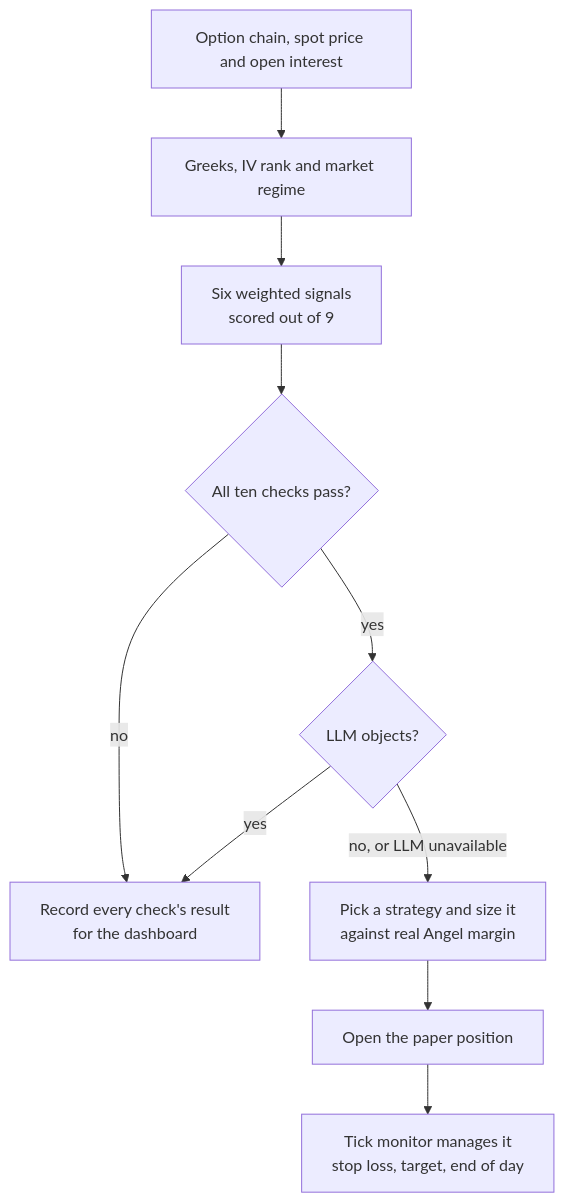
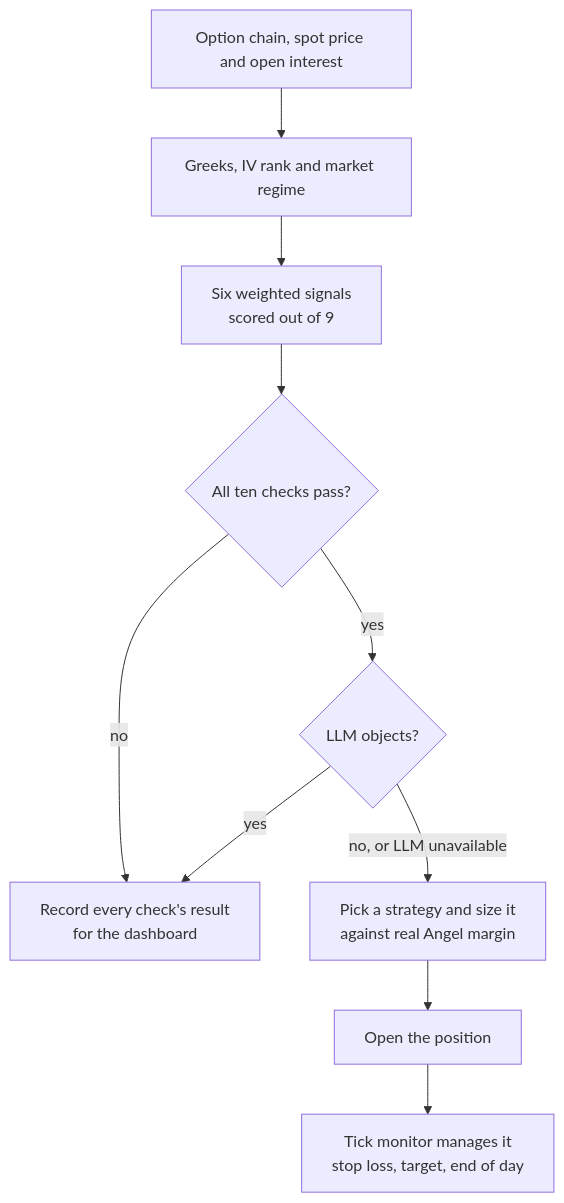
The second of 2 diagrams in README.md (mohitsolanki026/Options-Trading-Bot), drawn with Mermaid before and after one commit. The commit also changed other lines of this file, not shown here.

````diff
--- a/README.md
+++ b/README.md
@@ -126,12 +123,12 @@
 ```mermaid
 flowchart TD
     A["Option chain, spot price and open interest"] --> B["Greeks, IV rank and market regime"]
     B --> C["Six weighted signals<br/>scored out of 9"]
     C --> D{"All ten checks pass?"}
     D -- no --> R["Record every check's result<br/>for the dashboard"]
     D -- yes --> E{"LLM objects?"}
     E -- yes --> R
     E -- "no, or LLM unavailable" --> F["Pick a strategy and size it<br/>against real Angel margin"]
-    F --> G["Open the paper position"]
+    F --> G["Open the position"]
     G --> H["Tick monitor manages it<br/>stop loss, target, end of day"]
 ```
````
